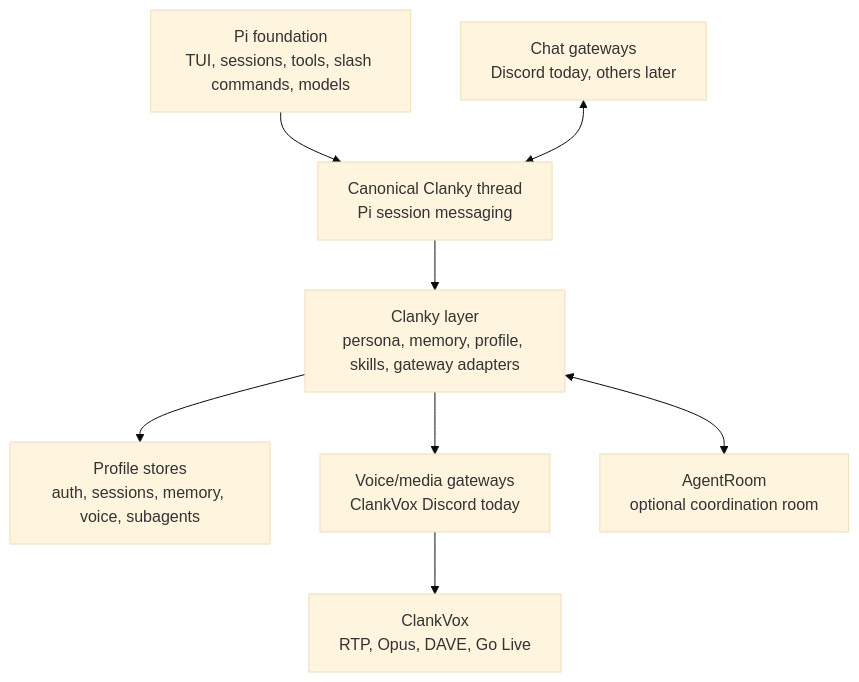
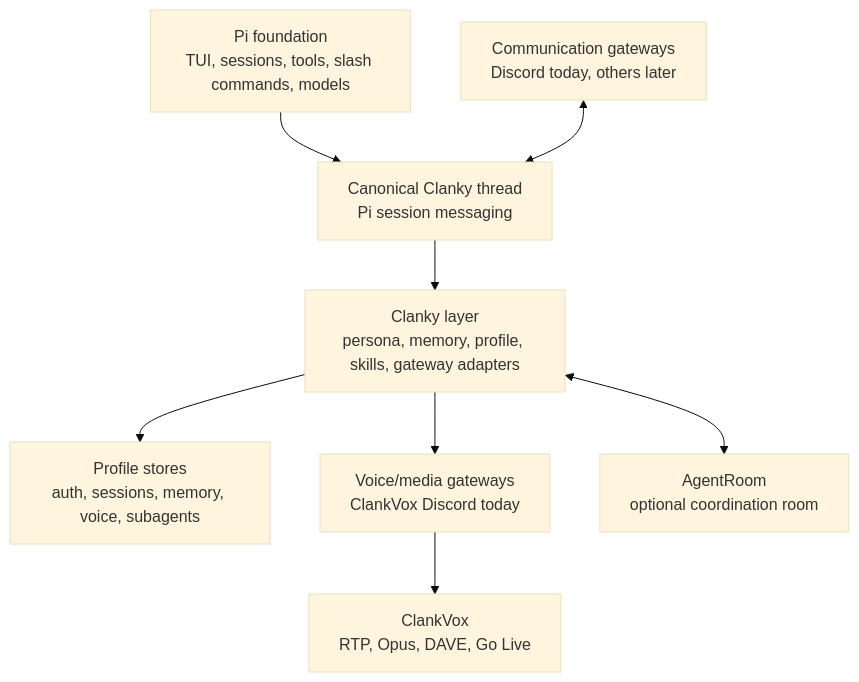
Before and after one commit to Volpestyle/clanky: the diagram in docs/start-here.md, drawn with Mermaid (base theme). The commit also changed other lines of this file and 12 other files, not shown here.

````diff
--- a/docs/start-here.md
+++ b/docs/start-here.md
@@ -53,19 +54,19 @@
 ```mermaid
 flowchart TB
   pi["Pi foundation<br/>TUI, sessions, tools, slash commands, models"]
   thread["Canonical Clanky thread<br/>Pi session messaging"]
   clanky["Clanky layer<br/>persona, memory, profile, skills, gateway adapters"]
   profile["Profile stores<br/>auth, sessions, memory, voice, subagents"]
-  chat["Chat gateways<br/>Discord today, others later"]
+  chat["Communication gateways<br/>Discord today, others later"]
   voice["Voice/media gateways<br/>ClankVox Discord today"]
   vox["ClankVox<br/>RTP, Opus, DAVE, Go Live"]
   room["AgentRoom<br/>optional coordination room"]
 
   pi --> thread
   thread --> clanky
   clanky --> profile
   chat <--> thread
   clanky --> voice
   voice --> vox
   clanky <--> room
 ```
````
